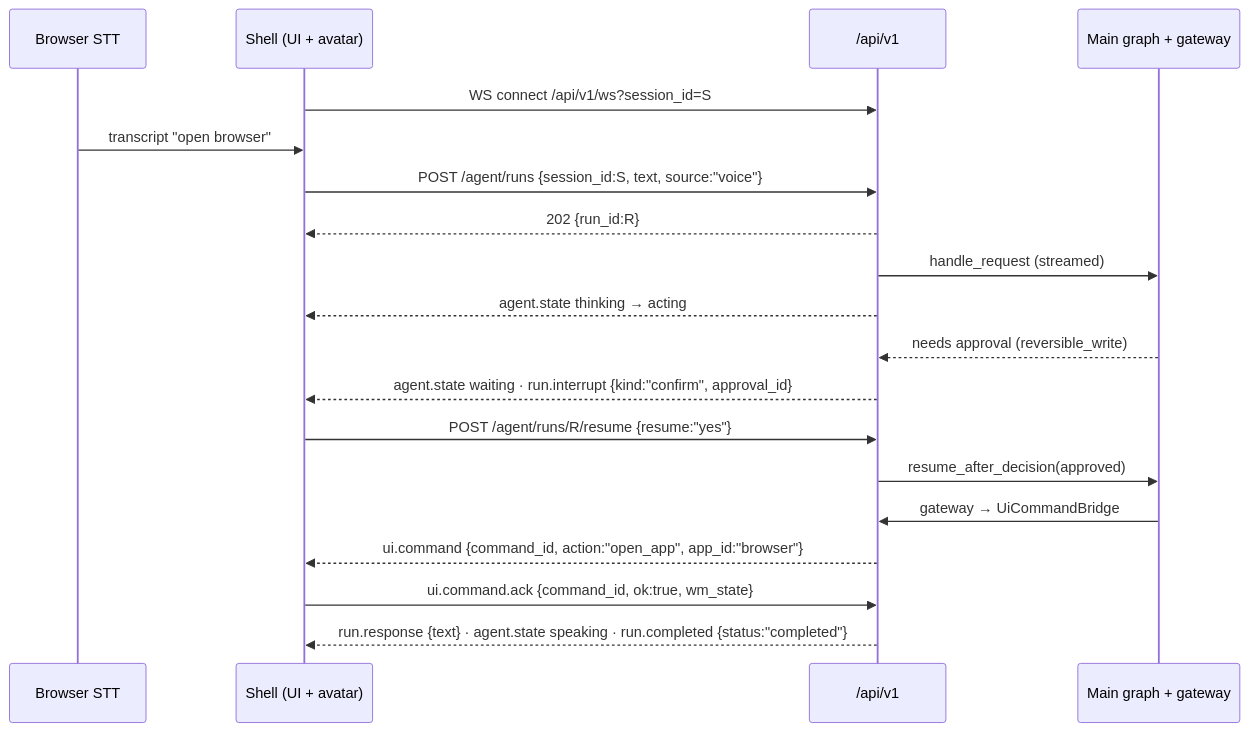
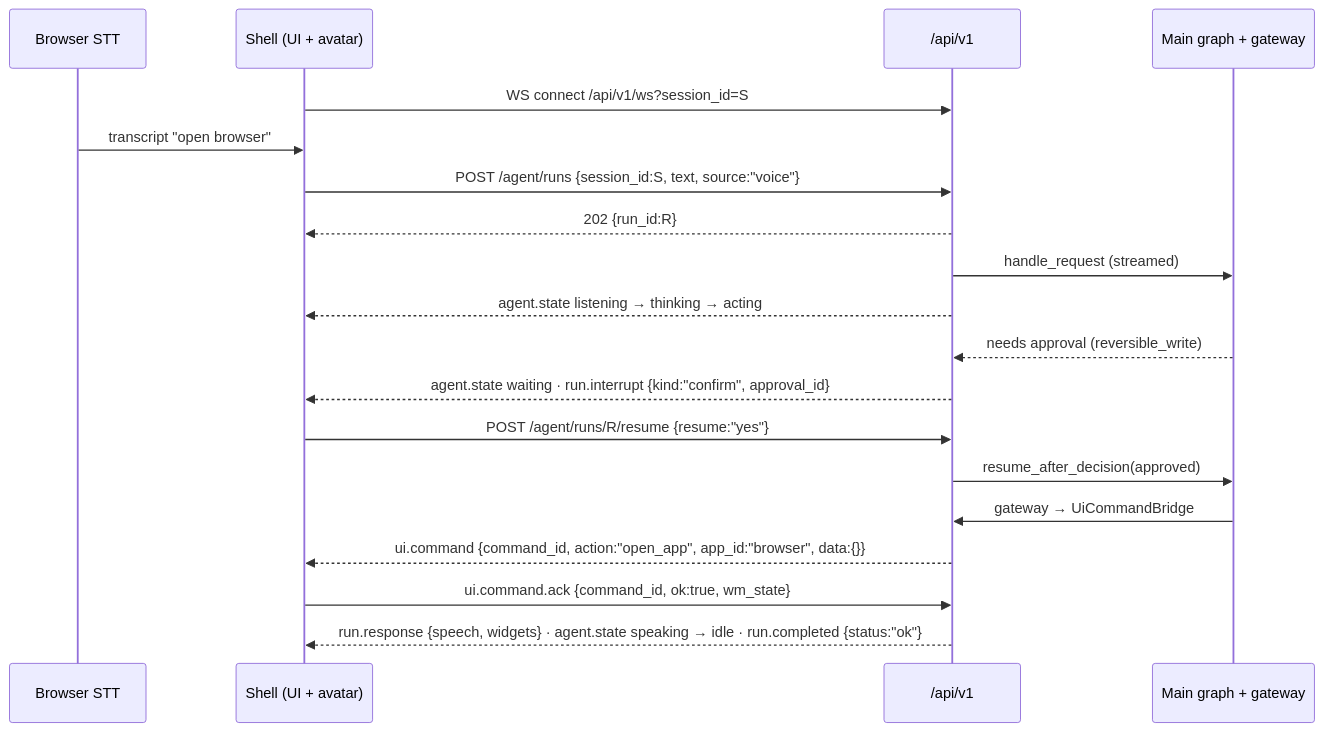
One commit to SturkaCircutz/Nexus-OS changed the diagram in docs/AI-Core/07-api-flow.md. Above: the diagram before and after it, drawn with Mermaid. The commit also changed other lines of this file and 6 other files, not shown here.

First line of the commit message:
refactor(api): align /api/v1 wire contract with agent-langgraph diagram

````diff
--- a/docs/AI-Core/07-api-flow.md
+++ b/docs/AI-Core/07-api-flow.md
@@ -107,21 +112,21 @@
 ```mermaid
 sequenceDiagram
   participant Mic as Browser STT
   participant UI as Shell (UI + avatar)
   participant API as /api/v1
   participant G as Main graph + gateway
   UI->>API: WS connect /api/v1/ws?session_id=S
   Mic->>UI: transcript "open browser"
   UI->>API: POST /agent/runs {session_id:S, text, source:"voice"}
   API-->>UI: 202 {run_id:R}
   API->>G: handle_request (streamed)
-  API-->>UI: agent.state thinking → acting
+  API-->>UI: agent.state listening → thinking → acting
   G-->>API: needs approval (reversible_write)
   API-->>UI: agent.state waiting · run.interrupt {kind:"confirm", approval_id}
   UI->>API: POST /agent/runs/R/resume {resume:"yes"}
   API->>G: resume_after_decision(approved)
   G->>API: gateway → UiCommandBridge
-  API-->>UI: ui.command {command_id, action:"open_app", app_id:"browser"}
+  API-->>UI: ui.command {command_id, action:"open_app", app_id:"browser", data:{}}
   UI->>API: ui.command.ack {command_id, ok:true, wm_state}
-  API-->>UI: run.response {text} · agent.state speaking · run.completed {status:"completed"}
+  API-->>UI: run.response {speech, widgets} · agent.state speaking → idle · run.completed {status:"ok"}
 ```
````
